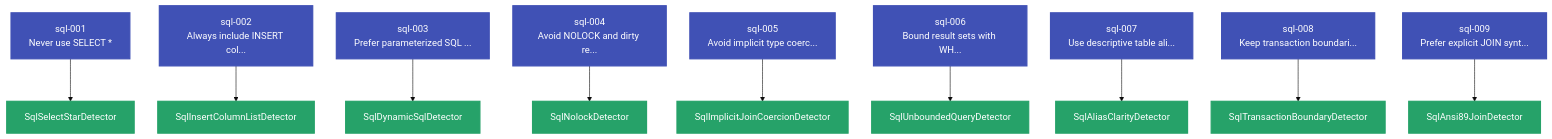
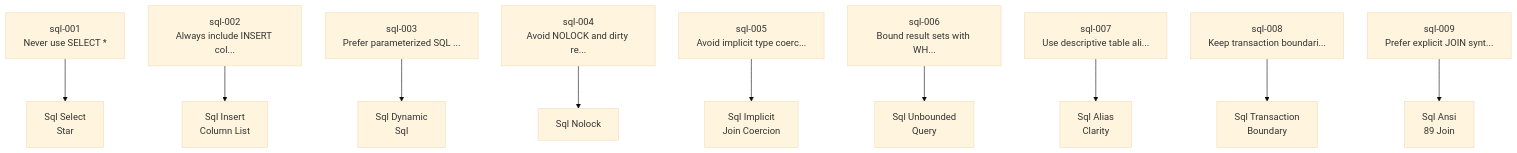
One commit to Anselmoo/mcp-zen-of-languages changed the first of 4 diagrams in docs/user-guide/languages/sql.md. Above: the diagram before and after it, drawn with Mermaid. The commit also changed other lines of this file and 18 other files, not shown here.

````diff
--- a/docs/user-guide/languages/sql.md
+++ b/docs/user-guide/languages/sql.md
@@ -185,51 +185,31 @@
     ```mermaid
-%%{init: {"theme": "base", "flowchart": {"useMaxWidth": false, "htmlLabels": true, "nodeSpacing": 40, "rankSpacing": 60}}}%%
+    %%{init: {"theme": "base", "flowchart": {"useMaxWidth": false, "htmlLabels": true, "nodeSpacing": 40, "rankSpacing": 60}}}%%
     graph TD
     sql_001["sql-001<br/>Never use SELECT *"]
     sql_002["sql-002<br/>Always include INSERT col..."]
     sql_003["sql-003<br/>Prefer parameterized SQL ..."]
     sql_004["sql-004<br/>Avoid NOLOCK and dirty re..."]
     sql_005["sql-005<br/>Avoid implicit type coerc..."]
     sql_006["sql-006<br/>Bound result sets with WH..."]
     sql_007["sql-007<br/>Use descriptive table ali..."]
     sql_008["sql-008<br/>Keep transaction boundari..."]
     sql_009["sql-009<br/>Prefer explicit JOIN synt..."]
-    det_SqlAliasClarityDetector["SqlAliasClarityDetector"]
+    det_SqlAliasClarityDetector["Sql Alias<br/>Clarity"]
     sql_007 --> det_SqlAliasClarityDetector
-    det_SqlAnsi89JoinDetector["SqlAnsi89JoinDetector"]
+    det_SqlAnsi89JoinDetector["Sql Ansi<br/>89 Join"]
     sql_009 --> det_SqlAnsi89JoinDetector
-    det_SqlDynamicSqlDetector["SqlDynamicSqlDetector"]
+    det_SqlDynamicSqlDetector["Sql Dynamic<br/>Sql"]
     sql_003 --> det_SqlDynamicSqlDetector
-    det_SqlImplicitJoinCoercionDetector["SqlImplicitJoinCoercionDetector"]
+    det_SqlImplicitJoinCoercionDetector["Sql Implicit<br/>Join Coercion"]
     sql_005 --> det_SqlImplicitJoinCoercionDetector
-    det_SqlInsertColumnListDetector["SqlInsertColumnListDetector"]
+    det_SqlInsertColumnListDetector["Sql Insert<br/>Column List"]
     sql_002 --> det_SqlInsertColumnListDetector
-    det_SqlNolockDetector["SqlNolockDetector"]
+    det_SqlNolockDetector["Sql Nolock"]
     sql_004 --> det_SqlNolockDetector
-    det_SqlSelectStarDetector["SqlSelectStarDetector"]
+    det_SqlSelectStarDetector["Sql Select<br/>Star"]
     sql_001 --> det_SqlSelectStarDetector
-    det_SqlTransactionBoundaryDetector["SqlTransactionBoundaryDetector"]
+    det_SqlTransactionBoundaryDetector["Sql Transaction<br/>Boundary"]
     sql_008 --> det_SqlTransactionBoundaryDetector
-    det_SqlUnboundedQueryDetector["SqlUnboundedQueryDetector"]
+    det_SqlUnboundedQueryDetector["Sql Unbounded<br/>Query"]
     sql_006 --> det_SqlUnboundedQueryDetector
-    classDef principle fill:#4051b5,color:#ffffff,stroke:#4051b5,stroke-width:2px
-    classDef detector fill:#26a269,color:#ffffff,stroke:#26a269,stroke-width:2px
-    class sql_001 principle
-    class sql_002 principle
-    class sql_003 principle
-    class sql_004 principle
-    class sql_005 principle
-    class sql_006 principle
-    class sql_007 principle
-    class sql_008 principle
-    class sql_009 principle
-    class det_SqlAliasClarityDetector detector
-    class det_SqlAnsi89JoinDetector detector
-    class det_SqlDynamicSqlDetector detector
-    class det_SqlImplicitJoinCoercionDetector detector
-    class det_SqlInsertColumnListDetector detector
-    class det_SqlNolockDetector detector
-    class det_SqlSelectStarDetector detector
-    class det_SqlTransactionBoundaryDetector detector
-    class det_SqlUnboundedQueryDetector detector
     ```
````
